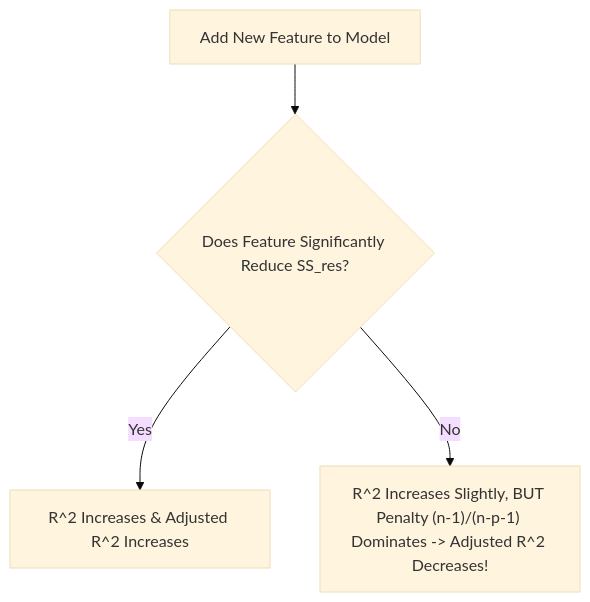
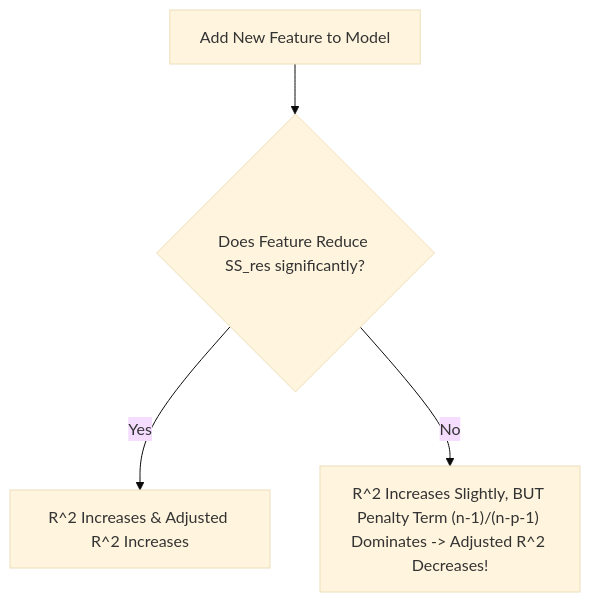
One commit to xrcodexcode/xr_node changed the third of 3 diagrams in 01_RAW/PROCESS/learn-core-machine-learning-part-05.md. Above: the diagram before and after it, drawn with Mermaid (base theme). The commit also changed other lines of this file and 15 other files, not shown here.

````diff
--- a/01_RAW/PROCESS/learn-core-machine-learning-part-05.md
+++ b/01_RAW/PROCESS/learn-core-machine-learning-part-05.md
@@ -111,6 +112,6 @@
 ```mermaid
 flowchart TD
-    AddFeature["Add New Feature to Model"] --> Check{"Does Feature Significantly Reduce SS_res?"}
-    Check -- Yes --> Inc["R^2 Increases & Adjusted R^2 Increases"]
-    Check -- No --> Dec["R^2 Increases Slightly, BUT Penalty (n-1)/(n-p-1) Dominates -> Adjusted R^2 Decreases!"]
+    AddFeature["Add New Feature to Model"] --> Check{"Does Feature Reduce SS_res significantly?"}
+    Check -- Yes --> Increase["R^2 Increases & Adjusted R^2 Increases"]
+    Check -- No --> Penalty["R^2 Increases Slightly, BUT Penalty Term (n-1)/(n-p-1) Dominates -> Adjusted R^2 Decreases!"]
 ```
````
